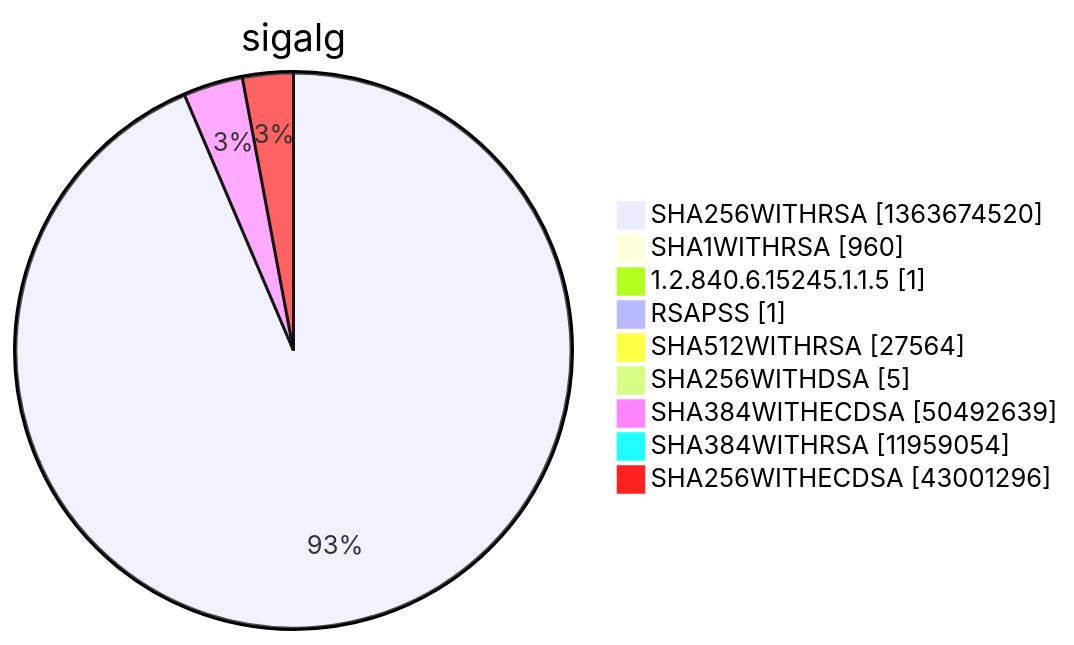
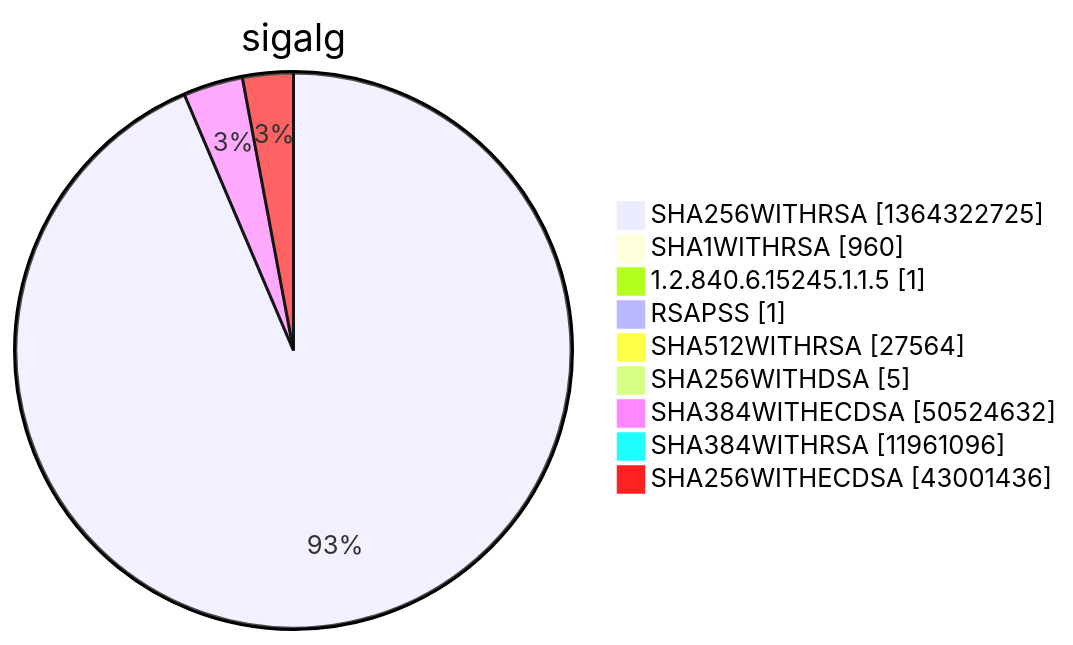
Before and after one commit to christiankrug/ctmonitor_visualization: diagram 15 of 15 in argon2022/README.md, drawn with Mermaid. The commit also changed other lines of this file, not shown here.

````diff
--- a/argon2022/README.md
+++ b/argon2022/README.md
@@ -5524,13 +5524,13 @@
 ```mermaid
 pie showData
 title sigalg
-"SHA256WITHRSA" :1363674520
+"SHA256WITHRSA" :1364322725
 "SHA1WITHRSA" :960
 "1.2.840.6.15245.1.1.5" :1
 "RSAPSS" :1
 "SHA512WITHRSA" :27564
 "SHA256WITHDSA" :5
-"SHA384WITHECDSA" :50492639
-"SHA384WITHRSA" :11959054
-"SHA256WITHECDSA" :43001296
+"SHA384WITHECDSA" :50524632
+"SHA384WITHRSA" :11961096
+"SHA256WITHECDSA" :43001436
 ```
````
